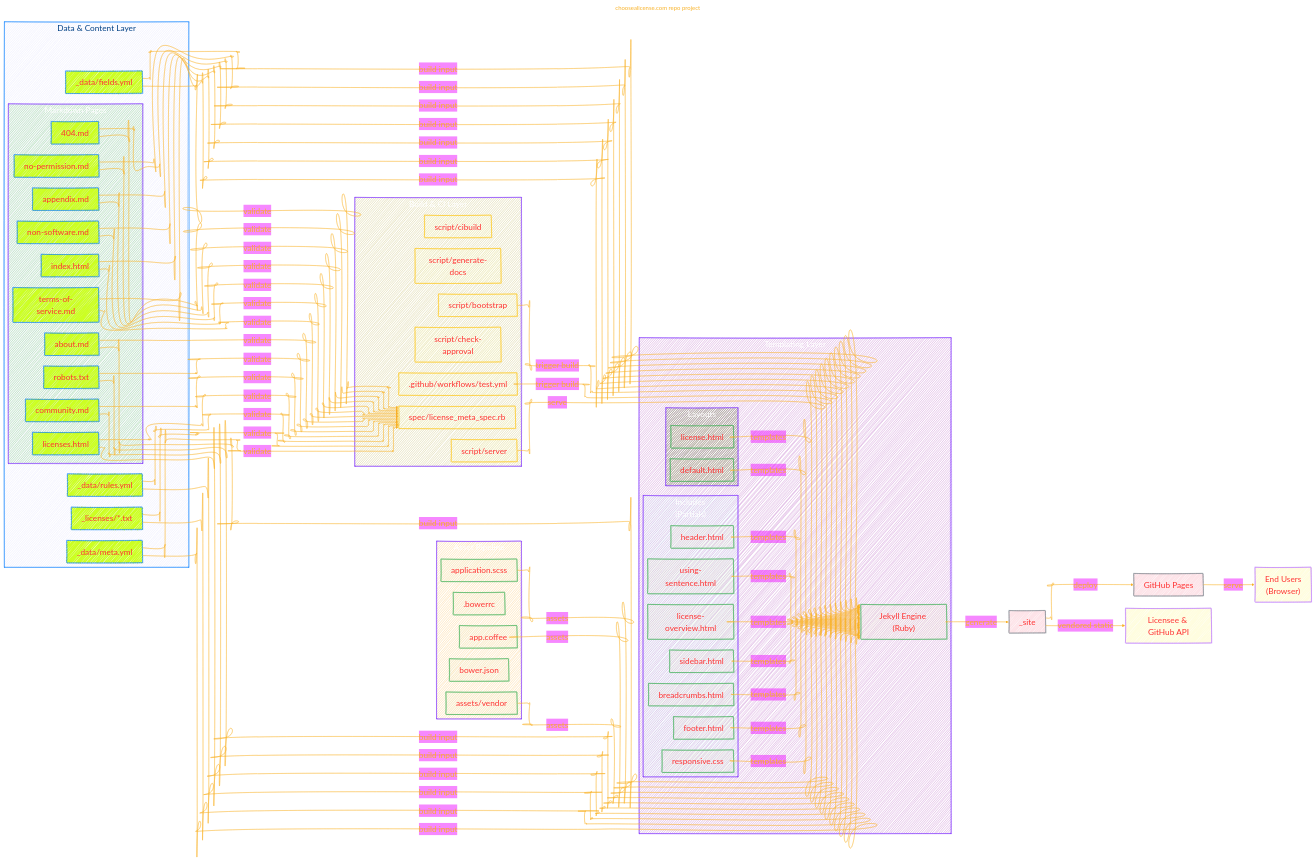
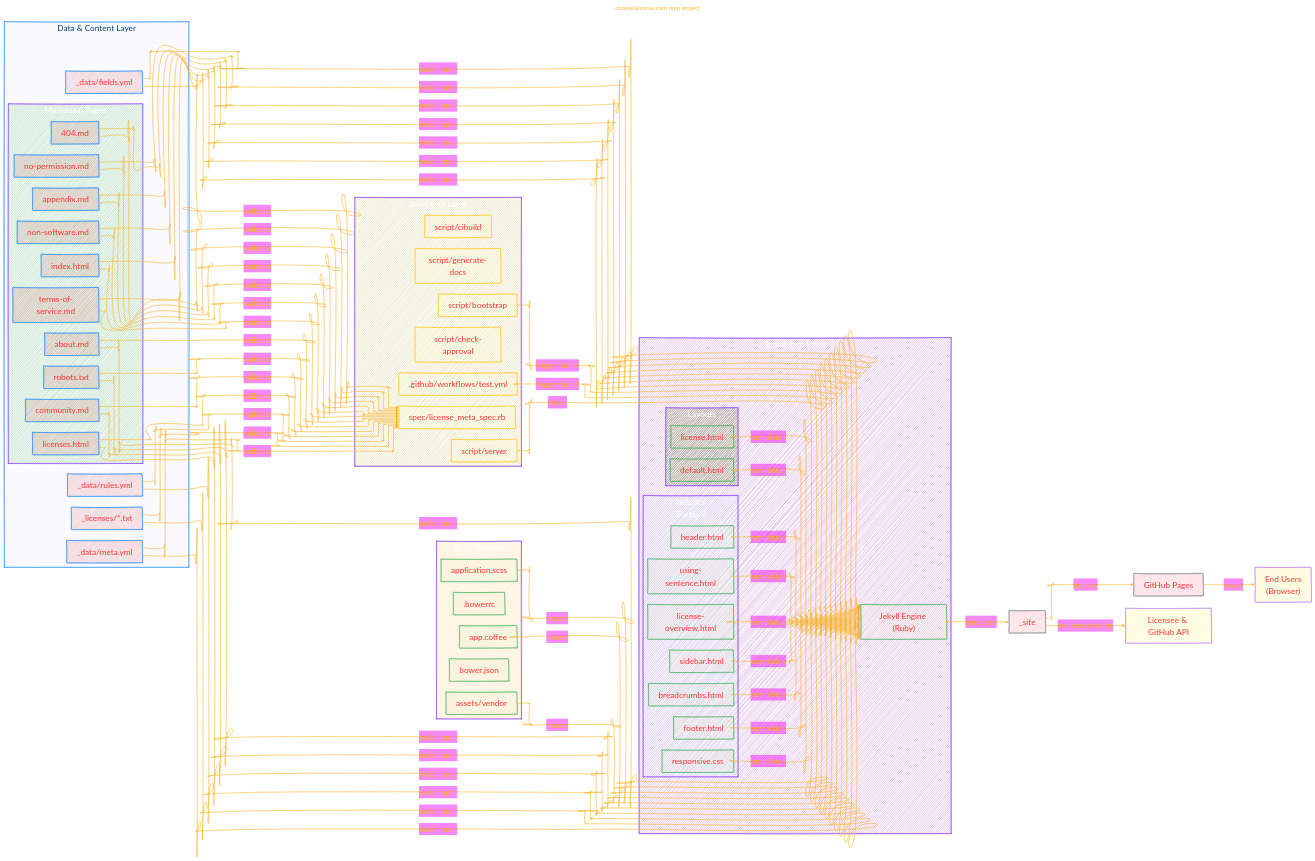
Before and after one commit to CongLeSolutionX/ArchExplorer: the first of 2 diagrams in GITHUB/choosealicense.com.md, drawn with Mermaid.

Commit message:
update notes

```diff
--- a/GITHUB/choosealicense.com.md
+++ b/GITHUB/choosealicense.com.md
@@ -201,7 +201,7 @@
     click workflow "https://github.com/github/choosealicense.com/blob/gh-pages//.github/workflows/test.yml"
 
     %% Styles
-    classDef data fill:#cf2,stroke:#007bff,color:#F33F
+    classDef data fill:#c222,stroke:#007bff,color:#F33F
     classDef processing fill:#dda2,stroke:#28a745,color:#F33F
     classDef ci fill:#fFA2,stroke:#ffc107,color:#F33F
     classDef output fill:#e352,stroke:#6c757d,color:#F33F
```
